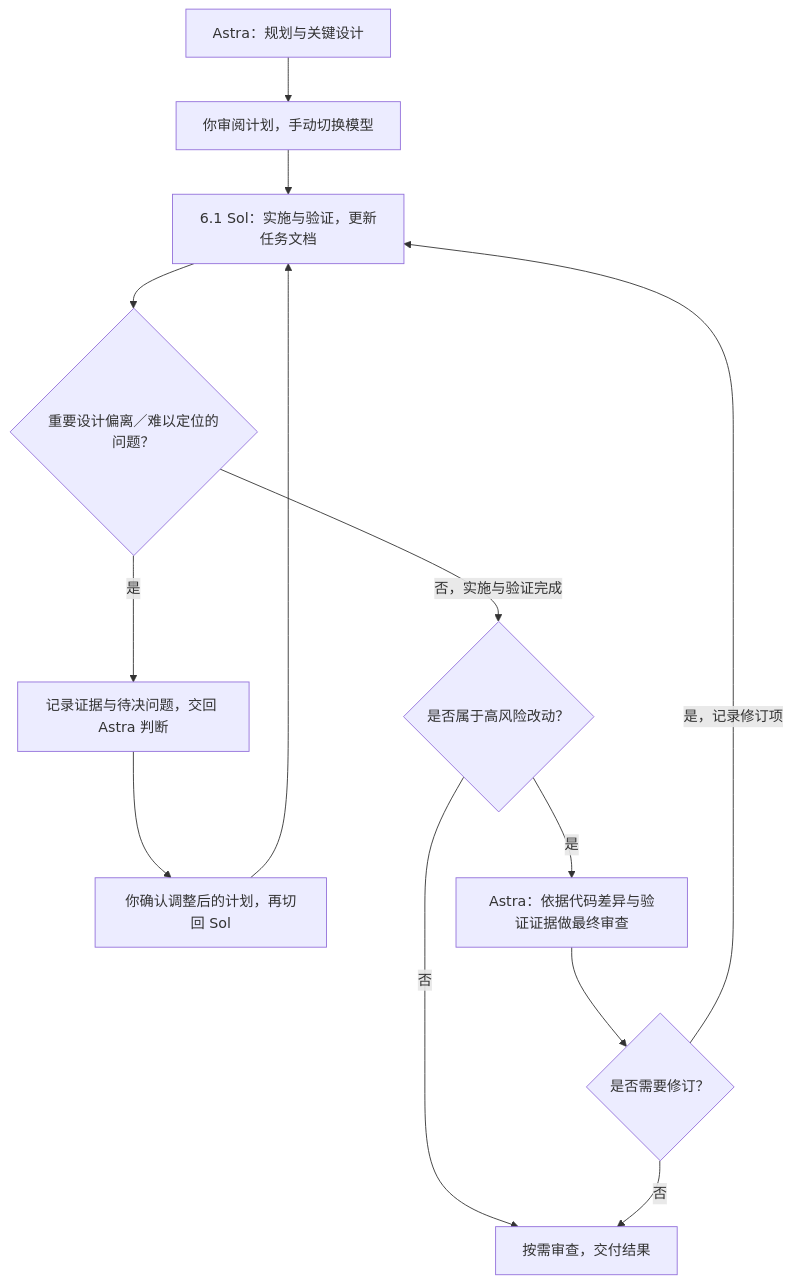
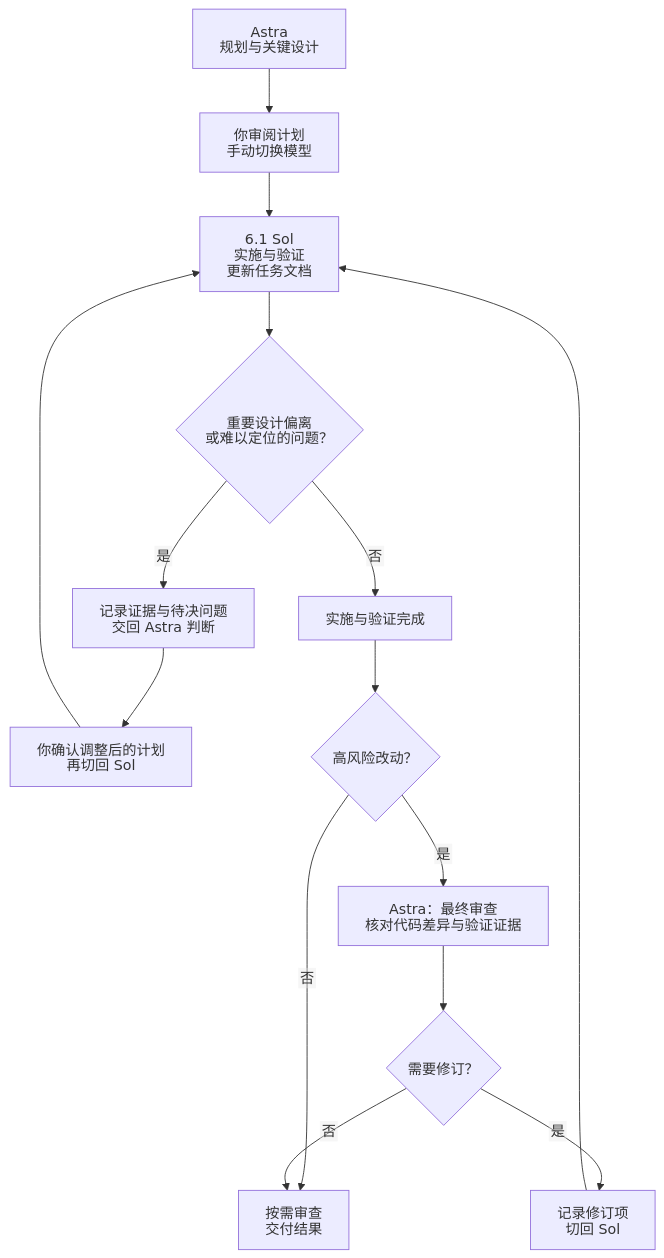
One commit to yuqingfang2004/plan-handoff changed the diagram in README.zh-CN.md. Above: the diagram before and after it, drawn with Mermaid. The commit also changed 1 other file, not shown here.

Commit message:
docs: prevent flowchart label clipping on GitHub

````diff
--- a/README.zh-CN.md
+++ b/README.zh-CN.md
@@ -17,15 +17,21 @@
 ```mermaid
+---
+config:
+  htmlLabels: false
+---
 flowchart TD
-    A["Astra：规划与关键设计"] --> B["你审阅计划，手动切换模型"]
-    B --> C["6.1 Sol：实施与验证，更新任务文档"]
-    C --> D{"重要设计偏离／难以定位的问题？"}
-    D -->|是| E["记录证据与待决问题，交回 Astra 判断"]
-    E --> F["你确认调整后的计划，再切回 Sol"]
+    A["Astra<br/>规划与关键设计"] --> B["你审阅计划<br/>手动切换模型"]
+    B --> C["6.1 Sol<br/>实施与验证<br/>更新任务文档"]
+    C --> D{"重要设计偏离<br/>或难以定位的问题？"}
+    D -->|是| E["记录证据与待决问题<br/>交回 Astra 判断"]
+    E --> F["你确认调整后的计划<br/>再切回 Sol"]
     F --> C
-    D -->|否，实施与验证完成| G{"是否属于高风险改动？"}
-    G -->|是| H["Astra：依据代码差异与验证证据做最终审查"]
-    G -->|否| I["按需审查，交付结果"]
-    H --> J{"是否需要修订？"}
-    J -->|是，记录修订项| C
+    D -->|否| K["实施与验证完成"]
+    K --> G{"高风险改动？"}
+    G -->|是| H["Astra：最终审查<br/>核对代码差异与验证证据"]
+    G -->|否| I["按需审查<br/>交付结果"]
+    H --> J{"需要修订？"}
+    J -->|是| L["记录修订项<br/>切回 Sol"]
+    L --> C
     J -->|否| I
 ```
````
